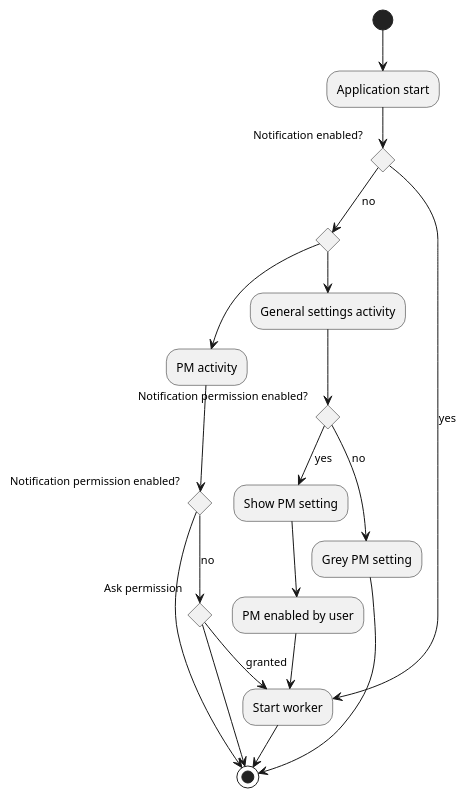
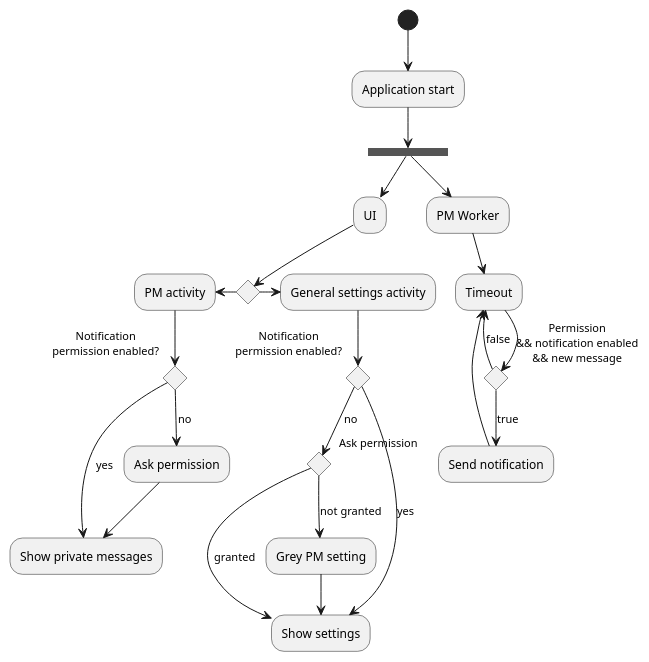
One commit to nbonnec/Redface changed the diagram in doc/adr/resources/notifications.puml. Above: the diagram before and after it, drawn with PlantUML. The commit also changed 1 other file, not shown here.

Commit message:
Start notification worker on launch only.

```diff
--- a/doc/adr/resources/notifications.puml
+++ b/doc/adr/resources/notifications.puml
@@ -1,30 +1,35 @@
 @startuml How to start the worker
 (*) --> Application start
-if "Notification enabled?" then
-    --> [yes] "Start worker"
-    --> (*)
+--> ===B1===
+--> "PM Worker"
+--> "Timeout"
+if "Permission\n&& notification enabled\n&& new message" then
+    --> [true] "Send notification"
+    --> "Timeout"
 else
-    --> [no] if "" then
-        --> "PM activity"
-        if "Notification permission enabled?" then
-            --> [no] if "Ask permission" then
-                        --> [granted] "Start worker"
-                     else
-                        --> (*)
-                     endif
+    --> [false] "Timeout"
+endif
+===B1=== --> "UI"
+if "" then
+    -left-> "PM activity"
+    if "Notification\npermission enabled?" then
+        --> [no] "Ask permission"
+        --> "Show private messages"
+    else
+        --> [yes] "Show private messages"
+    endif
+else
+    -right-> "General settings activity"
+    if "Notification\npermission enabled?" then
+        --> [no] if "Ask permission" then
+            --> [not granted] "Grey PM setting"
+            --> "Show settings"
         else
-            --> (*)
+            --> [granted] "Show settings"
         endif
     else
-        --> "General settings activity"
-        if "Notification permission enabled?" then
-            --> [yes] "Show PM setting"
-            --> "PM enabled by user"
-            --> "Start worker"
-        else
-            --> [no] "Grey PM setting"
-            --> (*)
-        endif
+        --> [yes] "Show settings"
     endif
+endif
 
 @enduml
```
